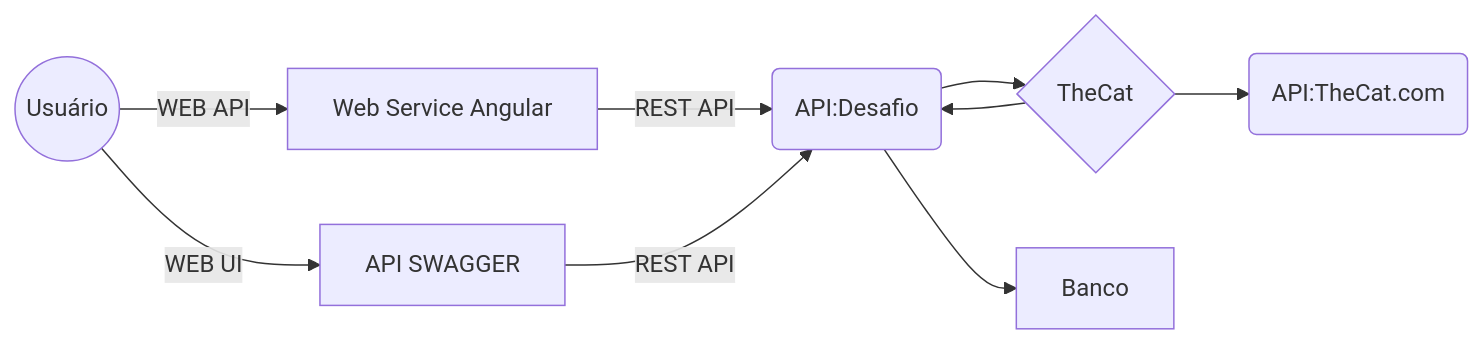
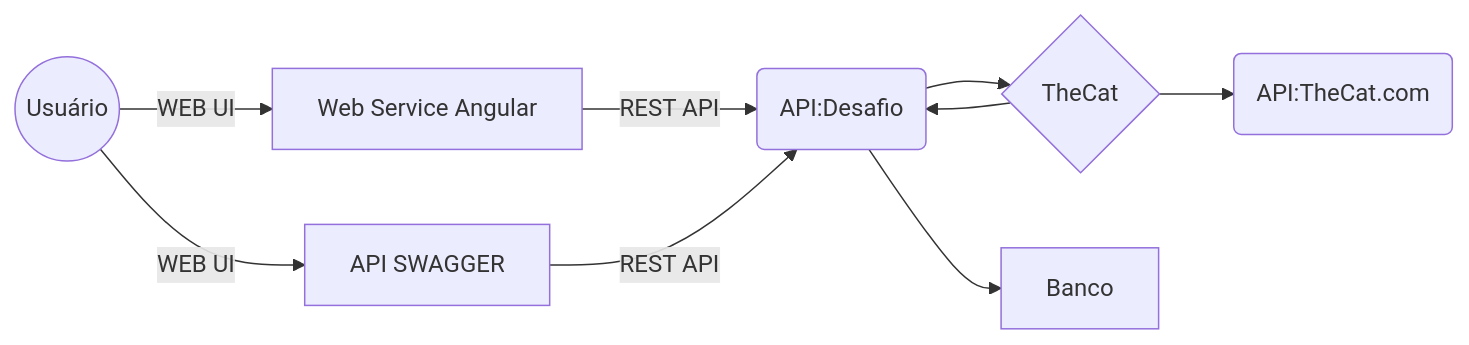
Before and after one commit to peringfc/TheCatAPI_Lib: the diagram in README.md, drawn with Mermaid.

````diff
--- a/README.md
+++ b/README.md
@@ -12,10 +12,10 @@
 ```mermaid
 graph LR
-A((Usuário)) -- WEB API --> B[Web Service Angular]
+A((Usuário)) -- WEB UI --> B[Web Service Angular]
 A((Usuário)) -- WEB UI --> B1[API SWAGGER]
 B -- REST API --> C(API:Desafio)
 B1 -- REST API --> C(API:Desafio)
 C --> G{TheCat} --> Z(API:TheCat.com)
 G --> C	
 C --> F[Banco]
 ```
````
